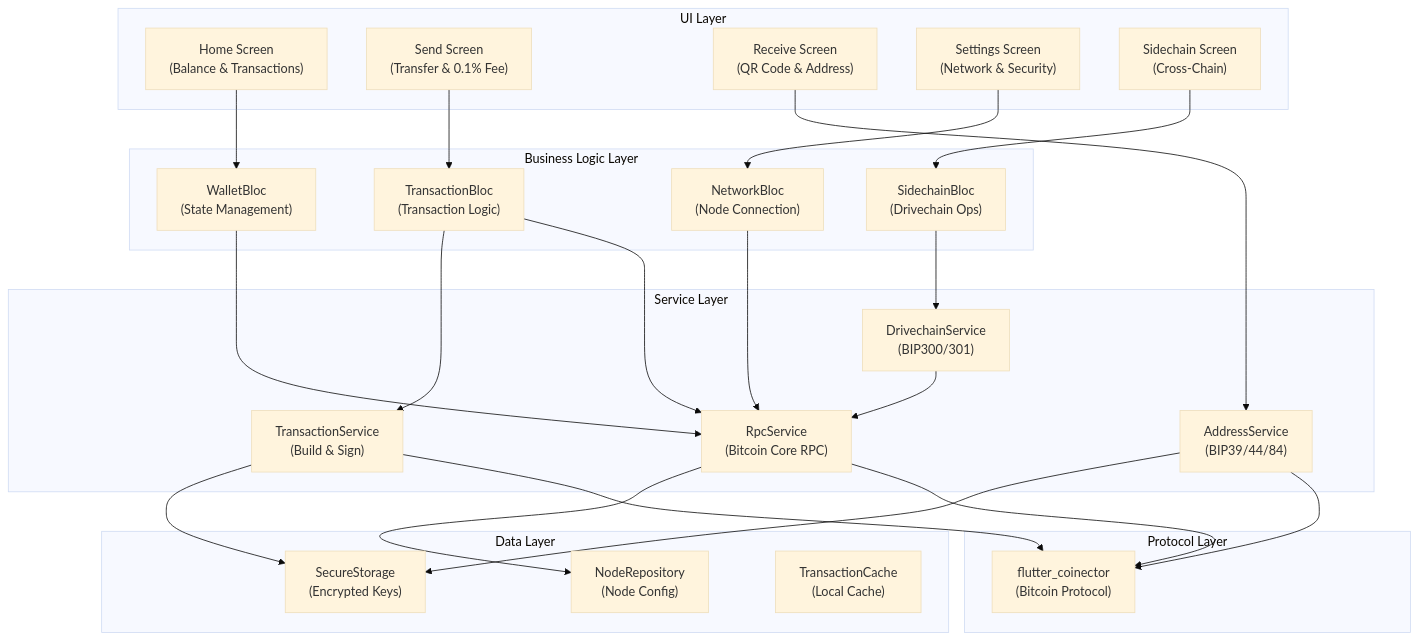
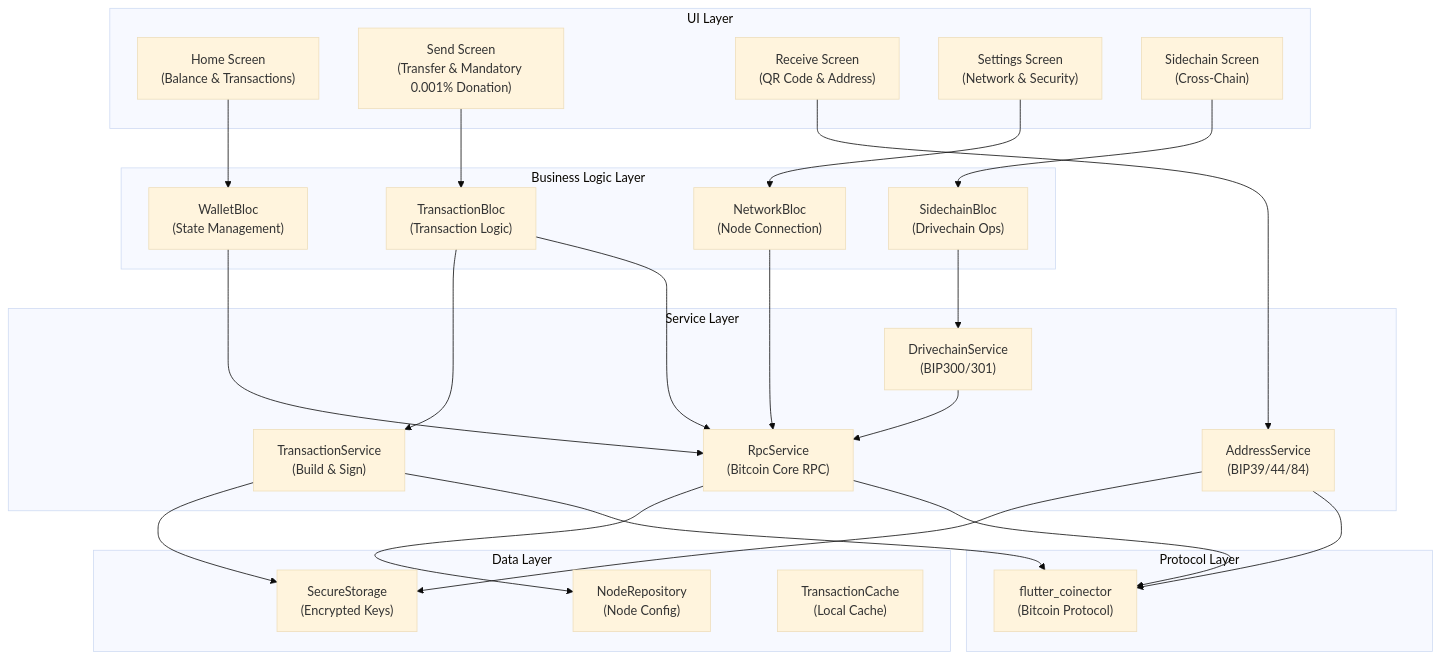
The first of 2 diagrams in .monkeycode/specs/skydoge-mobile-wallet/design.md (shenlia/skydoge-wallet), drawn with Mermaid (base theme) before and after one commit. The commit also changed other lines of this file and 11 other files, not shown here.

````diff
--- a/.monkeycode/specs/skydoge-mobile-wallet/design.md
+++ b/.monkeycode/specs/skydoge-mobile-wallet/design.md
@@ -12,55 +12,55 @@
 ```mermaid
 graph TB
     subgraph "UI Layer"
         HomeScreen["Home Screen<br/>(Balance & Transactions)"]
-        SendScreen["Send Screen<br/>(Transfer & 0.1% Fee)"]
+        SendScreen["Send Screen<br/>(Transfer & Mandatory 0.001% Donation)"]
         ReceiveScreen["Receive Screen<br/>(QR Code & Address)"]
         SettingsScreen["Settings Screen<br/>(Network & Security)"]
         SidechainScreen["Sidechain Screen<br/>(Cross-Chain)"]
     end
 
     subgraph "Business Logic Layer"
         WalletBloc["WalletBloc<br/>(State Management)"]
         TransactionBloc["TransactionBloc<br/>(Transaction Logic)"]
         NetworkBloc["NetworkBloc<br/>(Node Connection)"]
         SidechainBloc["SidechainBloc<br/>(Drivechain Ops)"]
     end
 
     subgraph "Service Layer"
         RpcService["RpcService<br/>(Bitcoin Core RPC)"]
         AddressService["AddressService<br/>(BIP39/44/84)"]
         TransactionService["TransactionService<br/>(Build & Sign)"]
         DrivechainService["DrivechainService<br/>(BIP300/301)"]
     end
 
     subgraph "Data Layer"
         SecureStorage["SecureStorage<br/>(Encrypted Keys)"]
         NodeRepository["NodeRepository<br/>(Node Config)"]
         TxCache["TransactionCache<br/>(Local Cache)"]
     end
 
     subgraph "Protocol Layer"
         BitcoinLib["flutter_coinector<br/>(Bitcoin Protocol)"]
     end
 
     HomeScreen --> WalletBloc
     SendScreen --> TransactionBloc
     ReceiveScreen --> AddressService
     SettingsScreen --> NetworkBloc
     SidechainScreen --> SidechainBloc
 
     WalletBloc --> RpcService
     TransactionBloc --> TransactionService
     TransactionBloc --> RpcService
     NetworkBloc --> RpcService
     SidechainBloc --> DrivechainService
 
     AddressService --> SecureStorage
     TransactionService --> SecureStorage
     RpcService --> NodeRepository
     DrivechainService --> RpcService
 
     RpcService --> BitcoinLib
     TransactionService --> BitcoinLib
     AddressService --> BitcoinLib
 ```
````
